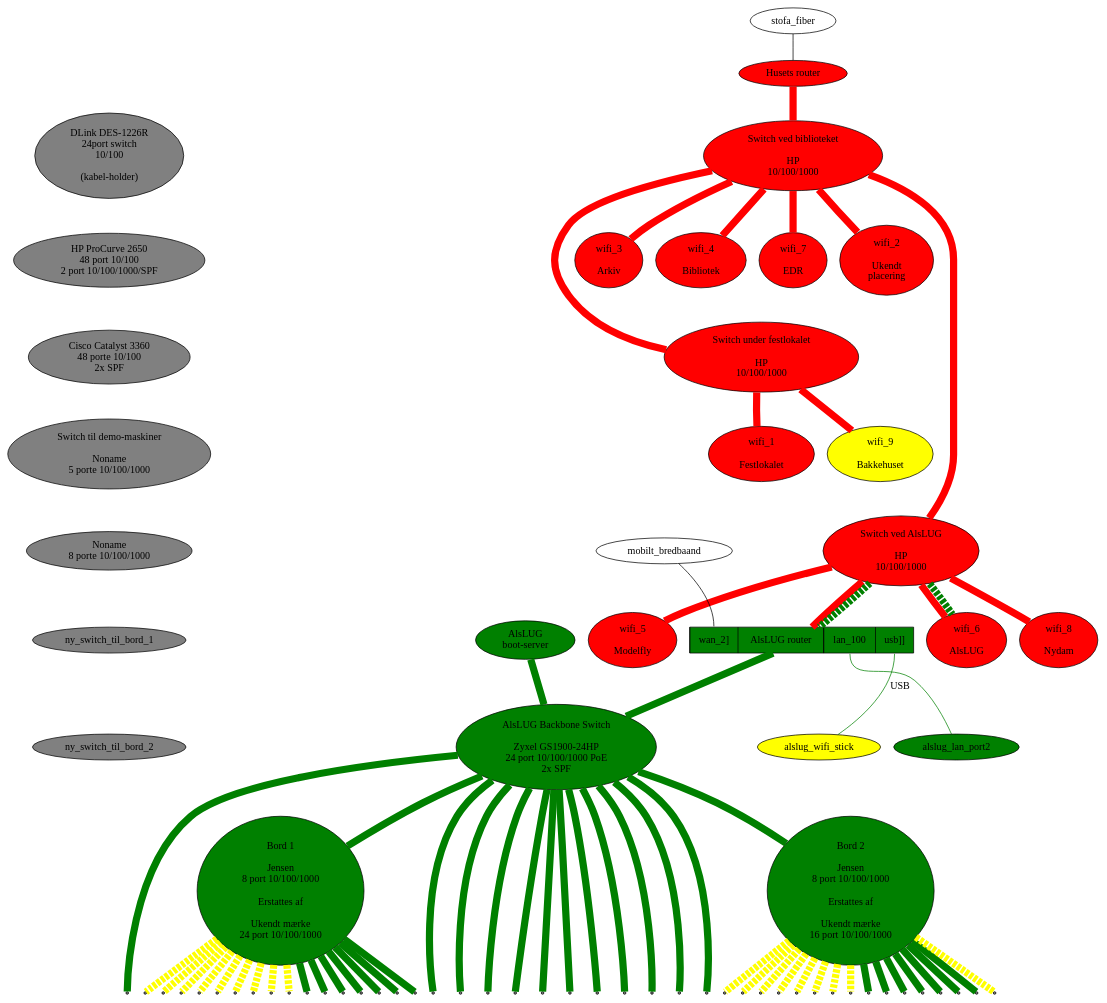
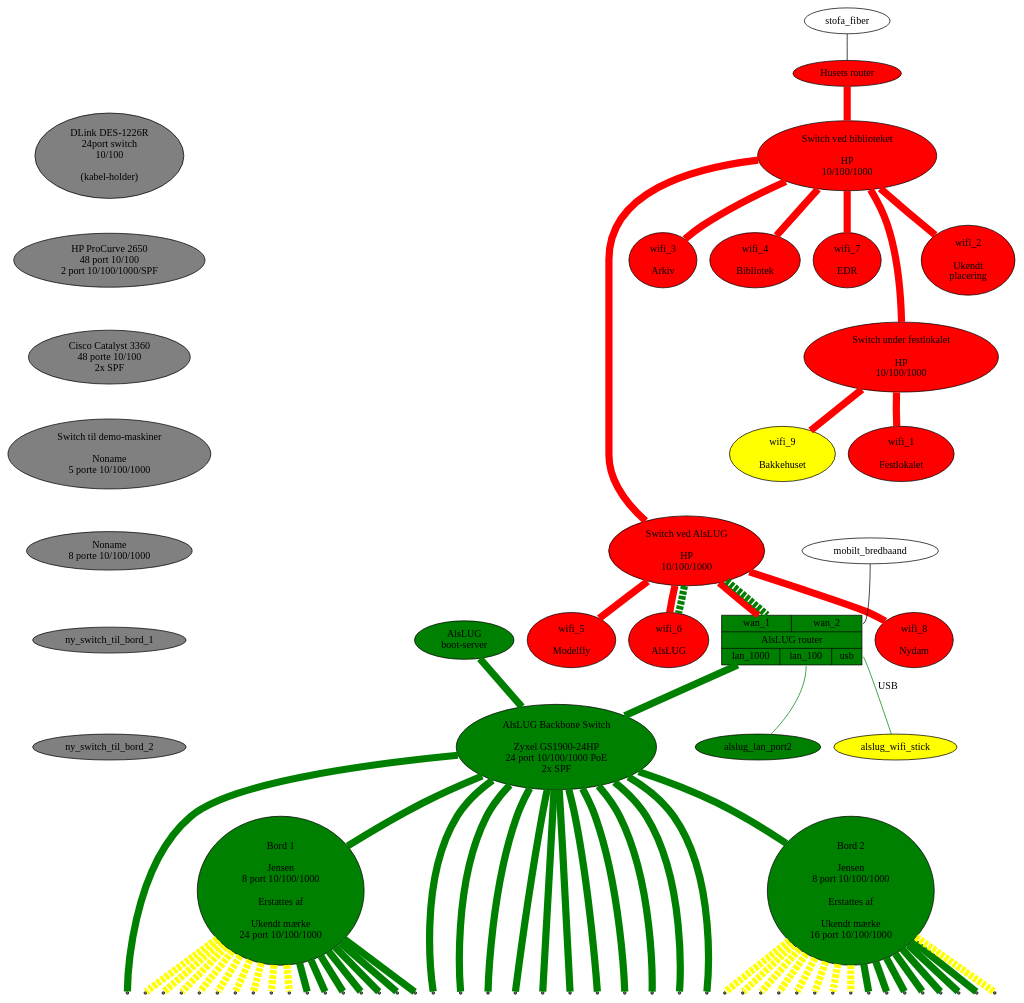
One commit to alslug/alslug.dk changed the diagram in projekter/network.dot. Above: the diagram before and after it, drawn with Graphviz.

```diff
--- a/projekter/network.dot
+++ b/projekter/network.dot
@@ -1,97 +1,97 @@
 digraph xxx {
 #  link_12a [ shape=point ];
 #  link_12b [ shape=point ];
 #  link_12c [ shape=point ];
   edge [ dir=none penwidth=10 ];
 
   node [ style=filled fillcolor=red ];
   husets_router [ label="Husets router" ];
   husets_switch_1 [ label="Switch ved biblioteket\n\nHP\n10/100/1000" ];
   husets_switch_2 [ label="Switch ved AlsLUG\n\nHP\n10/100/1000" ];
   festlokale_switch [ label="Switch under festlokalet\n\nHP\n10/100/1000" ];
   wifi_1 [ label=" wifi_1 \n\n Festlokalet "                ];
   wifi_2 [ label=" wifi_2 \n\n Ukendt \n placering "        ];
   wifi_3 [ label=" wifi_3 \n\n Arkiv "                      ];
   wifi_4 [ label=" wifi_4 \n\n Bibliotek "                  ];
   wifi_5 [ label=" wifi_5 \n\n Modelfly "                   ];
   wifi_6 [ label=" wifi_6 \n\n AlsLUG "                     ];
   wifi_7 [ label=" wifi_7 \n\n EDR "                        ];
   wifi_8 [ label=" wifi_8 \n\n Nydam "                      ];
   wifi_9 [ label=" wifi_9 \n\n Bakkehuset" fillcolor=yellow ];
   
   node [ style=filled fillcolor=green ];
-  alslug_router [ shape=record label="[[<wan_1> wan_1|<wan_2> wan_2]|AlsLUG router|[<lan_1000> lan_1000|<lan_100> lan_100|<usb> usb]]" ];
+  alslug_router [ shape=record label="{{<wan_1> wan_1|<wan_2> wan_2}|AlsLUG router|{<lan_1000> lan_1000|<lan_100> lan_100|<usb> usb}}" ];
   alslug_gl_bootserver [ label="AlsLUG\nboot-server" ];
   alslug_backbone_switch [ label="AlsLUG Backbone Switch\n\nZyxel GS1900-24HP\n24 port 10/100/1000 PoE\n2x SPF"];
   bord_1 [ label="Bord 1\n\nJensen\n8 port 10/100/1000\n\n Erstattes af\n\nUkendt mærke\n24 port 10/100/1000"];
   bord_2 [ label="Bord 2\n\nJensen\n8 port 10/100/1000\n\n Erstattes af\n\nUkendt mærke\n16 port 10/100/1000"];
   alslug_wifi_stick alslug_lan_port2;
   
   // Udstyr som pt ikke bruges
   node [ style=filled fillcolor=gray ];
   switch_24p      [ label="DLink DES-1226R\n24port switch\n10/100\n\n(kabel-holder)"];
   switch_48p      [ label="HP ProCurve 2650\n48 port 10/100\n2 port 10/100/1000/SPF"];
   switch_48p_poe  [ label="Cisco Catalyst 3360\n48 porte 10/100\n2x SPF"];
   switch_5p       [ label="Switch til demo-maskiner\n\nNoname\n5 porte 10/100/1000" ];
   switch_8p       [ label="Noname\n8 porte 10/100/1000"];
   
   switch_24p -> switch_48p -> switch_48p_poe -> switch_5p -> switch_8p -> ny_switch_til_bord_1 -> ny_switch_til_bord_2 -> bord_1 [ color=invis ];
   
   
   node [ style=normal ];
   // Internet forbindelser
   stofa_fiber      -> husets_router:wan_1 [ penwidth=1 fillcolor=black style=filled ];
   mobilt_bredbaand -> alslug_router:wan_2 [ penwidth=1 fillcolor=black style=filled ];
   
   // Husets forbindelser
   edge  [ color=red style=solid ];
   husets_switch_1 -> festlokale_switch -> {             wifi_1                                                  wifi_9 };
   husets_router -> husets_switch_1 -> {                        wifi_2 wifi_3 wifi_4               wifi_7               };
   husets_switch_1 -> husets_switch_2 -> { alslug_router                             wifi_5 wifi_6        wifi_8        };
 
   // VLAN forbindelser over bakkensbros netværk
   edge  [ color=green style=dashed ];
   husets_switch_2 -> { alslug_router:wan_1 wifi_6 };
 
   alslug_wifi_stick [ fillcolor=yellow style=filled ];
 
   // Interne forbindelser
   edge [ color=green style=solid ];
   node [ shape=point ];
   
   {alslug_router:lan_1000 alslug_gl_bootserver} -> alslug_backbone_switch -> { bord_1 bord_2 
                   vindue_left_12  vindue_left_11  vindue_left_10  vindue_left_9
                   vindue_center_8 vindue_center_7 vindue_center_6 vindue_center_5
                   vindue_right_4  vindue_right_3  vindue_right_2  vindue_right_1
                   }
 
   alslug_router:usb -> alslug_wifi_stick [ penwidth=1 label="USB" ];
   alslug_router:lan_100 -> alslug_lan_port2 [ penwidth=1 ];
   
   bord_1 -> {
                   bord_1_1 bord_1_2 bord_1_3 bord_1_4 bord_1_5 bord_1_6 bord_1_7
                 };
   bord_1 -> {
                   bord_1_8 bord_1_9 bord_1_10 bord_1_11 bord_1_12 bord_1_13 bord_1_14 bord_1_15 bord_1_16
                 } [ style=dashed color=yellow ];
   bord_2 -> {
                   bord_2_1 bord_2_2 bord_2_3 bord_2_4 bord_2_5 bord_2_6 bord_2_7
                 };
   bord_2 -> {
                   bord_2_8 bord_2_9 bord_2_10 bord_2_11 bord_2_12 bord_2_13 bord_2_14 bord_2_15 bord_2_16
                 } [ style=dashed color=yellow ];
                 
   edge [ color=invis ];
   husets_switch_1 -> wifi_2 -> festlokale_switch -> wifi_1 -> husets_switch_2;
 
   subgraph {
     rank = same;
                   vindue_left_12;   vindue_left_11;   vindue_left_10;   vindue_left_9;
                   vindue_center_8;  vindue_center_7;  vindue_center_6;  vindue_center_5;
                   vindue_right_4;   vindue_right_3;   vindue_right_2;   vindue_right_1;
                   bord_1_1;   bord_1_2;   bord_1_3;   bord_1_4;   bord_1_5;   bord_1_6;   bord_1_7;   bord_1_8;
                   bord_1_9;   bord_1_10;  bord_1_11;  bord_1_12;  bord_1_13;  bord_1_14;  bord_1_15;  bord_1_16;
                   bord_2_1;   bord_2_2;   bord_2_3;   bord_2_4;   bord_2_5;   bord_2_6;   bord_2_7;   bord_2_8;
                   bord_2_9;   bord_2_10;  bord_2_11;  bord_2_12;  bord_2_13;  bord_2_14;  bord_2_15;  bord_2_16;
   }
 }
```
